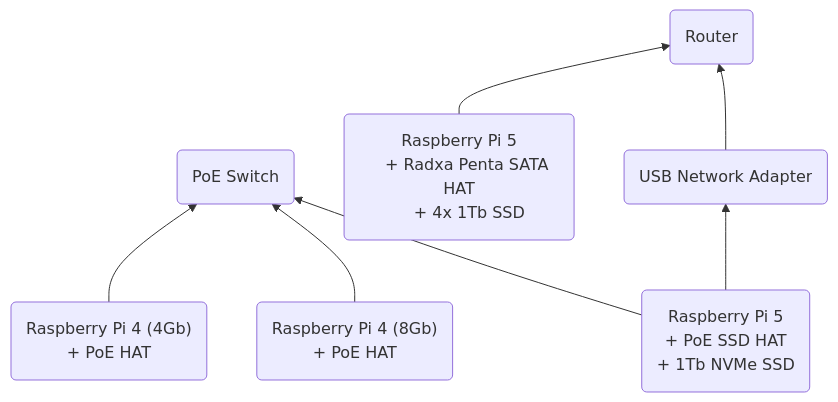
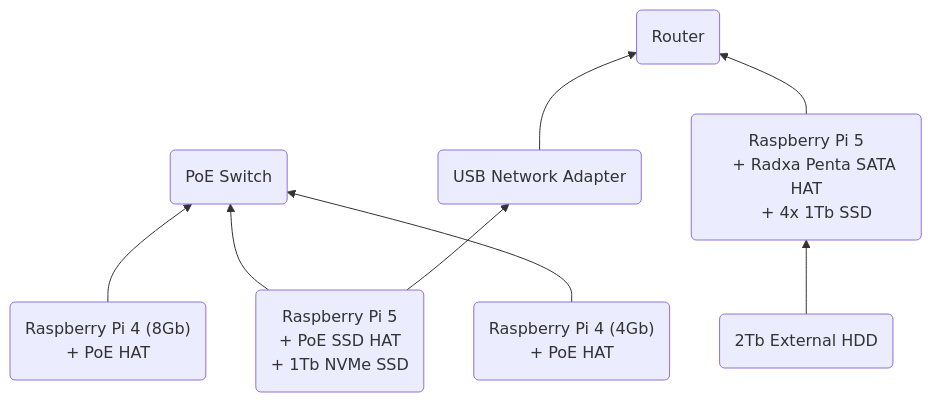
The diagram in README.md (pauloburke/PiCluster), drawn with Mermaid before and after one commit. The commit also changed other lines of this file, not shown here.

Commit message:
Add external HDD

````diff
--- a/README.md
+++ b/README.md
@@ -36,23 +37,25 @@
 ```mermaid
 flowchart BT
     S(PoE Switch)
     R(Router)
     Rp1(Raspberry Pi 5
     + PoE SSD HAT
     + 1Tb NVMe SSD)
     Rp2("Raspberry Pi 4 (8Gb)
     + PoE HAT")
     Rp3("Raspberry Pi 4 (4Gb)
     + PoE HAT")
     N(USB Network Adapter)
     NAS(Raspberry Pi 5
     + Radxa Penta SATA HAT
     + 4x 1Tb SSD)
+    HD(2Tb External HDD)
 
     Rp1 --> S
     Rp2 --> S
     Rp3 --> S
     Rp1 --> N
     N --> R
     NAS --> R
+    HD --> NAS
 ```
````
